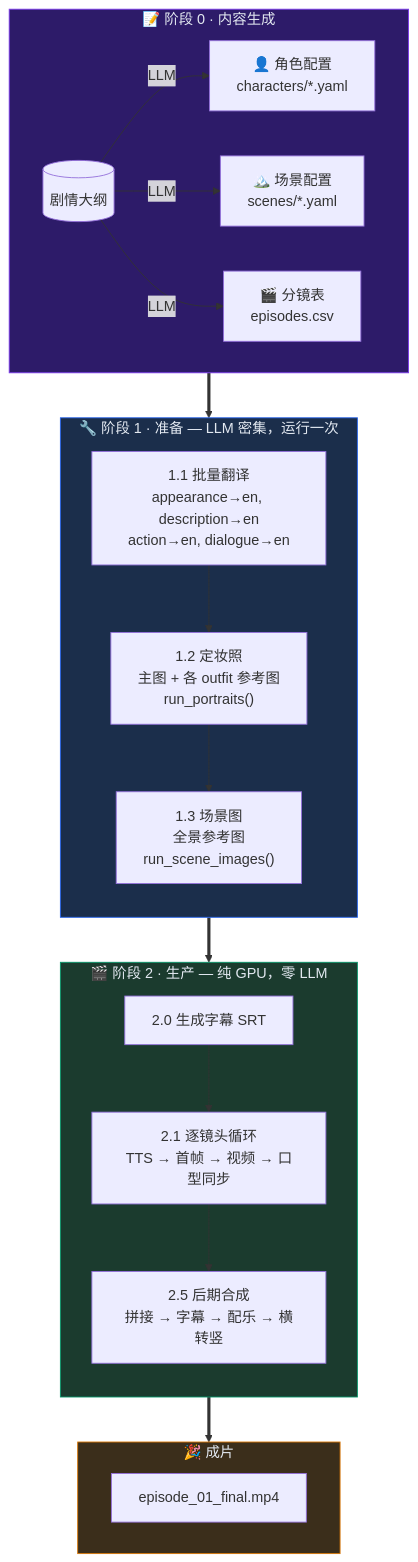
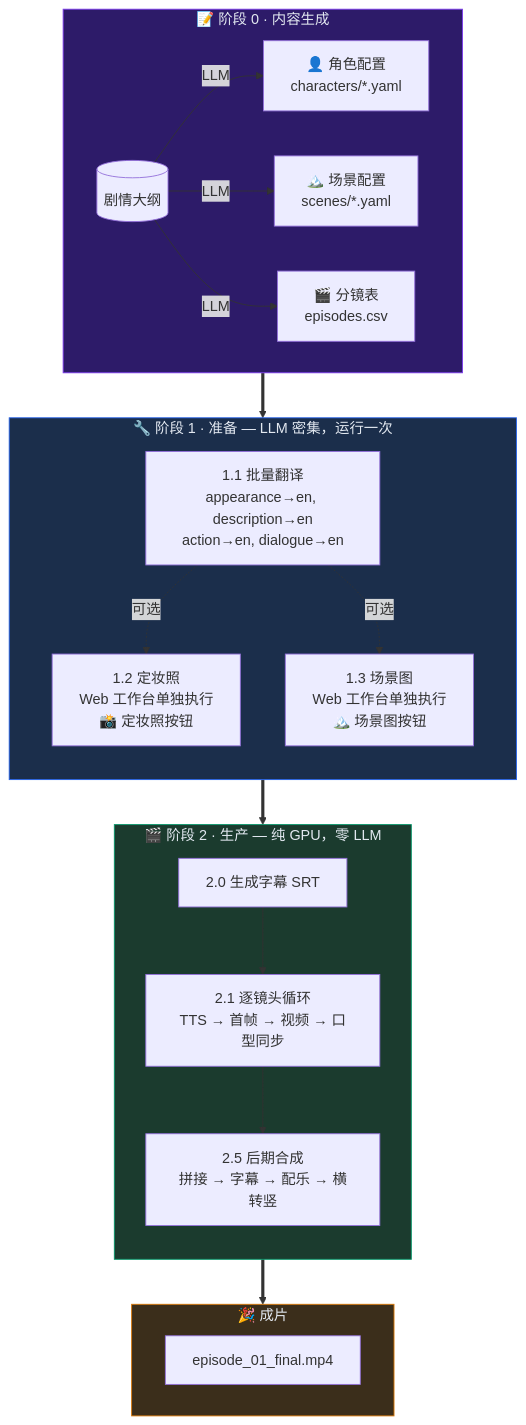
Before and after one commit to brother2050/ai-drama-pipeline-v2: the first of 10 diagrams in docs/pipeline.md, drawn with Mermaid. The commit also changed other lines of this file and 3 other files, not shown here.

First line of the commit message:
refactor: prepare 阶段默认仅翻译，定妆照/场景图改为 Web 端按需执行

````diff
--- a/docs/pipeline.md
+++ b/docs/pipeline.md
@@ -9,35 +9,36 @@
 ```mermaid
 flowchart TB
     subgraph S0["📝 阶段 0 · 内容生成"]
         outline[("剧情大纲")] -->|LLM| gen_chars["👤 角色配置<br/>characters/*.yaml"]
         outline -->|LLM| gen_scenes["🏔️ 场景配置<br/>scenes/*.yaml"]
         outline -->|LLM| gen_sb["🎬 分镜表<br/>episodes.csv"]
     end
 
     subgraph S1["🔧 阶段 1 · 准备 — LLM 密集，运行一次"]
         direction TB
         t["1.1 批量翻译<br/>appearance→en, description→en<br/>action→en, dialogue→en"]
-        p["1.2 定妆照<br/>主图 + 各 outfit 参考图<br/>run_portraits()"]
-        si["1.3 场景图<br/>全景参考图<br/>run_scene_images()"]
-        t --> p --> si
+        p["1.2 定妆照<br/>Web 工作台单独执行<br/>📸 定妆照按钮"]
+        si["1.3 场景图<br/>Web 工作台单独执行<br/>🏔️ 场景图按钮"]
+        t -.->|"可选"| p
+        t -.->|"可选"| si
     end
 
     subgraph S2["🎬 阶段 2 · 生产 — 纯 GPU，零 LLM"]
         direction TB
         sub["2.0 生成字幕 SRT"]
         loop["2.1 逐镜头循环<br/>TTS → 首帧 → 视频 → 口型同步"]
         post["2.5 后期合成<br/>拼接 → 字幕 → 配乐 → 横转竖"]
         sub --> loop --> post
     end
 
     subgraph S3["🎉 成片"]
         final["episode_01_final.mp4"]
     end
 
     S0 ==> S1 ==> S2 ==> S3
 
     style S0 fill:#2d1b69,stroke:#7c3aed,color:#e2e8f0
     style S1 fill:#1b2e4b,stroke:#2563eb,color:#e2e8f0
     style S2 fill:#1b3b2e,stroke:#059669,color:#e2e8f0
     style S3 fill:#3b2e1b,stroke:#d97706,color:#e2e8f0
 ```
````
